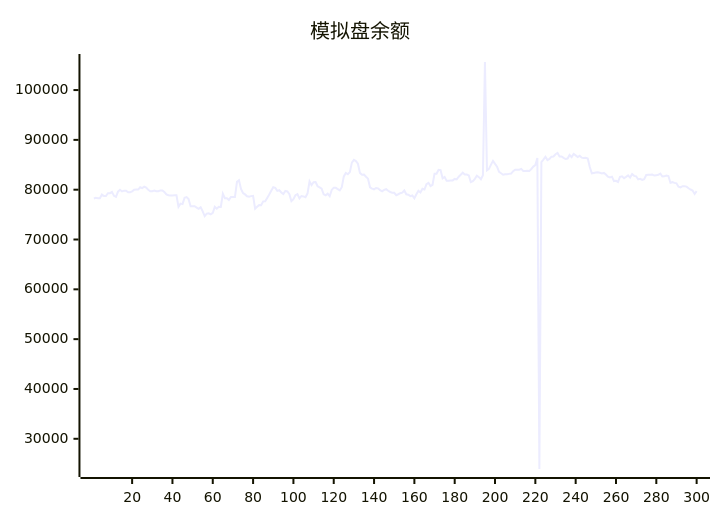
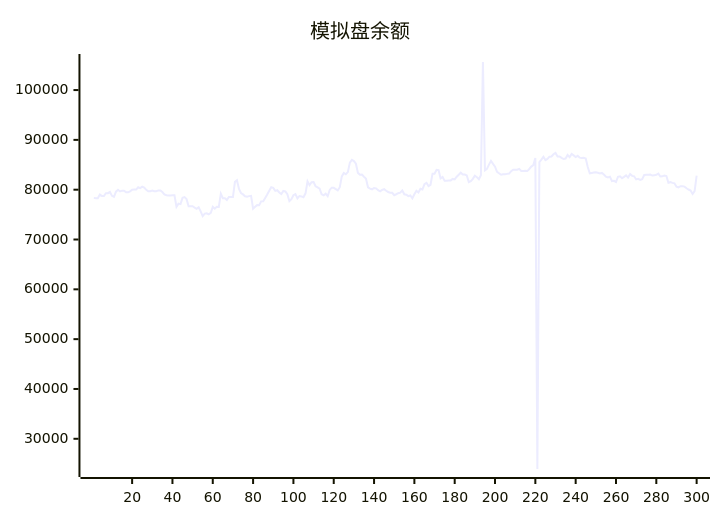
The diagram in README.md (aahl/ai-trading), drawn with Mermaid before and after one commit. The commit also changed other lines of this file and 1 other file, not shown here.

````diff
--- a/README.md
+++ b/README.md
@@ -5,5 +5,5 @@
 ```mermaid
 xychart
     title "模拟盘余额"
-    line [78235,78358,78284,78277,79048,78714,78714,79290,79308,79567,78763,78563,79603,79988,79652,79813,79813,79476,79469,79673,79995,80015,80015,80486,80314,80600,80436,79966,79689,79689,79819,79692,79692,79850,79850,79518,79071,78889,78850,78850,78878,78878,76554,77202,77103,78357,78510,78106,76678,76677,76672,76411,76159,76485,75656,74695,75197,75246,75052,75334,76564,76179,76553,76551,79196,78300,78300,77944,78531,78531,78521,81564,81884,80160,79335,79055,78675,78580,78708,78764,76179,76586,76902,76876,77658,77669,78346,79023,79769,80497,80366,79761,79896,79448,79126,79749,79658,79097,77695,78114,78888,79126,78249,78738,78653,78478,79271,81680,80923,81488,81527,80681,80455,80190,79084,78879,79193,78686,79954,80403,80374,80118,79848,80491,82665,83351,83098,83525,85430,85983,85737,85221,83378,83014,83043,82613,82216,80477,80208,80081,80348,80277,79894,79670,79965,80093,79786,79542,79406,79371,78893,79087,79304,79406,79841,79072,78978,78696,78846,78272,79085,79787,79442,80198,80031,81120,81379,80718,80985,83214,83212,83993,83921,82270,82547,81776,81776,81866,81866,82158,82061,82596,83000,83408,83041,83050,82858,81503,81691,82188,82812,82517,82092,82901,105633,83898,84180,85030,85781,85178,84604,83569,83298,83008,83093,83107,83175,83228,83729,84025,84017,84019,84177,83775,83762,83785,83738,84160,84639,84939,86370,23934,85548,86046,86599,85942,86161,86622,86664,87115,87369,86666,86685,86384,86152,86243,86969,86548,87164,86885,86566,86809,86427,86348,86417,86273,84538,83299,83369,83430,83490,83404,83270,83362,83056,82605,82459,82614,81734,81788,81551,82598,82702,82320,82580,82878,82426,83139,82778,82686,82056,82166,81963,82110,82951,82983,82984,83038,82838,82915,82998,83235,82642,82682,82858,82746,81396,81512,81362,81277,80600,80461,80699,80673,80616,80288,80038,79836,79142,79722]
+    line [78358,78284,78277,79048,78714,78714,79290,79308,79567,78763,78563,79603,79988,79652,79813,79813,79476,79469,79673,79995,80015,80015,80486,80314,80600,80436,79966,79689,79689,79819,79692,79692,79850,79850,79518,79071,78889,78850,78850,78878,78878,76554,77202,77103,78357,78510,78106,76678,76677,76672,76411,76159,76485,75656,74695,75197,75246,75052,75334,76564,76179,76553,76551,79196,78300,78300,77944,78531,78531,78521,81564,81884,80160,79335,79055,78675,78580,78708,78764,76179,76586,76902,76876,77658,77669,78346,79023,79769,80497,80366,79761,79896,79448,79126,79749,79658,79097,77695,78114,78888,79126,78249,78738,78653,78478,79271,81680,80923,81488,81527,80681,80455,80190,79084,78879,79193,78686,79954,80403,80374,80118,79848,80491,82665,83351,83098,83525,85430,85983,85737,85221,83378,83014,83043,82613,82216,80477,80208,80081,80348,80277,79894,79670,79965,80093,79786,79542,79406,79371,78893,79087,79304,79406,79841,79072,78978,78696,78846,78272,79085,79787,79442,80198,80031,81120,81379,80718,80985,83214,83212,83993,83921,82270,82547,81776,81776,81866,81866,82158,82061,82596,83000,83408,83041,83050,82858,81503,81691,82188,82812,82517,82092,82901,105633,83898,84180,85030,85781,85178,84604,83569,83298,83008,83093,83107,83175,83228,83729,84025,84017,84019,84177,83775,83762,83785,83738,84160,84639,84939,86370,23934,85548,86046,86599,85942,86161,86622,86664,87115,87369,86666,86685,86384,86152,86243,86969,86548,87164,86885,86566,86809,86427,86348,86417,86273,84538,83299,83369,83430,83490,83404,83270,83362,83056,82605,82459,82614,81734,81788,81551,82598,82702,82320,82580,82878,82426,83139,82778,82686,82056,82166,81963,82110,82951,82983,82984,83038,82838,82915,82998,83235,82642,82682,82858,82746,81396,81512,81362,81277,80600,80461,80699,80673,80616,80288,80038,79836,79142,79722,82837]
 ```
````
